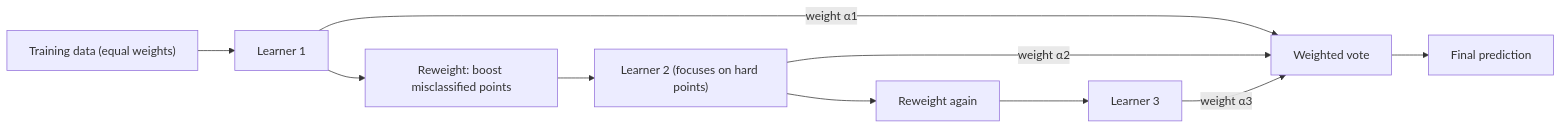
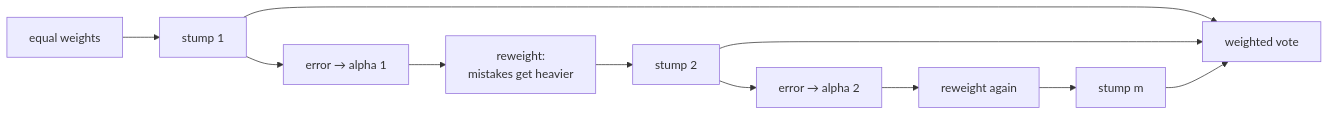
Before and after one commit to Ravikisha/PythonCentralHub: the diagram in src/content/docs/Machine Learning/Phase 05 - Ensemble Learning/Boosting Introduction to AdaBoost.mdx, drawn with Mermaid. The commit also changed other lines of this file and 1327 other files, not shown here.

````diff
--- a/src/content/docs/Machine Learning/Phase 05 - Ensemble Learning/Boosting Introduction to AdaBoost.mdx
+++ b/src/content/docs/Machine Learning/Phase 05 - Ensemble Learning/Boosting Introduction to AdaBoost.mdx
@@ -27,12 +36,13 @@
-```mermaid title="AdaBoost: sequential weighted learners" desc="Each new learner focuses more on the training points the previous learners got wrong."
+```mermaid
 flowchart LR
-  D["Training data (equal weights)"] --> M1["Learner 1"]
-  M1 --> W1["Reweight: boost misclassified points"]
-  W1 --> M2["Learner 2 (focuses on hard points)"]
-  M2 --> W2["Reweight again"]
-  W2 --> M3["Learner 3"]
-  M1 -- "weight α1" --> C["Weighted vote"]
-  M2 -- "weight α2" --> C
-  M3 -- "weight α3" --> C
-  C --> P["Final prediction"]
+  W1["equal weights"] --> S1["stump 1"]
+  S1 --> E1["error &rarr; alpha 1"]
+  E1 --> W2["reweight:<br/>mistakes get heavier"]
+  W2 --> S2["stump 2"]
+  S2 --> E2["error &rarr; alpha 2"]
+  E2 --> W3["reweight again"]
+  W3 --> S3["stump m"]
+  S1 --> V["weighted vote"]
+  S2 --> V
+  S3 --> V
 ```
````
